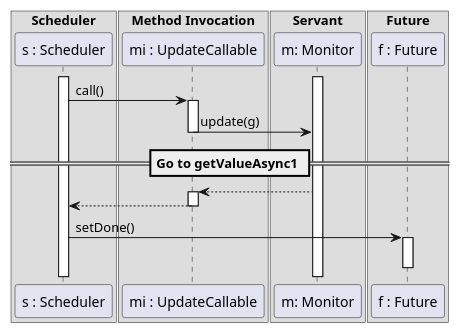
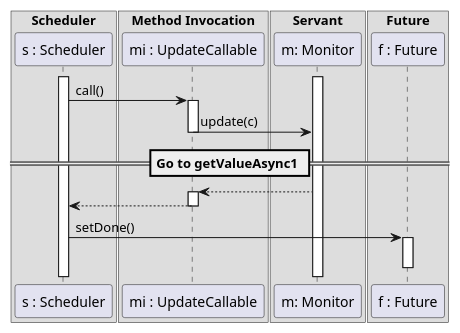
Before and after one commit to ISTIC-M2-ILa-GM/aodp: the diagram in spec/UpdateAsync2.puml, drawn with PlantUML. The commit also changed 1 other file, not shown here.

```diff
--- a/spec/UpdateAsync2.puml
+++ b/spec/UpdateAsync2.puml
@@ -1,28 +1,28 @@
 @startuml
 box "Scheduler"
 participant "s : Scheduler" as s
 end box
 box "Method Invocation"
 participant "mi : UpdateCallable" as mi
 end box
 box "Servant"
     participant "m: Monitor" as m
 end box
 box "Future"
     participant "f : Future" as f
 end box
 activate m
 activate s
 s -> mi: call()
 activate mi
-mi -> m: update(g)
+mi -> m: update(c)
 == Go to getValueAsync1 ==
 deactivate mi
 m --> mi
 activate mi
 mi --> s
 deactivate mi
 s -> f: setDone()
 activate f
 deactivate f
 @enduml
```
